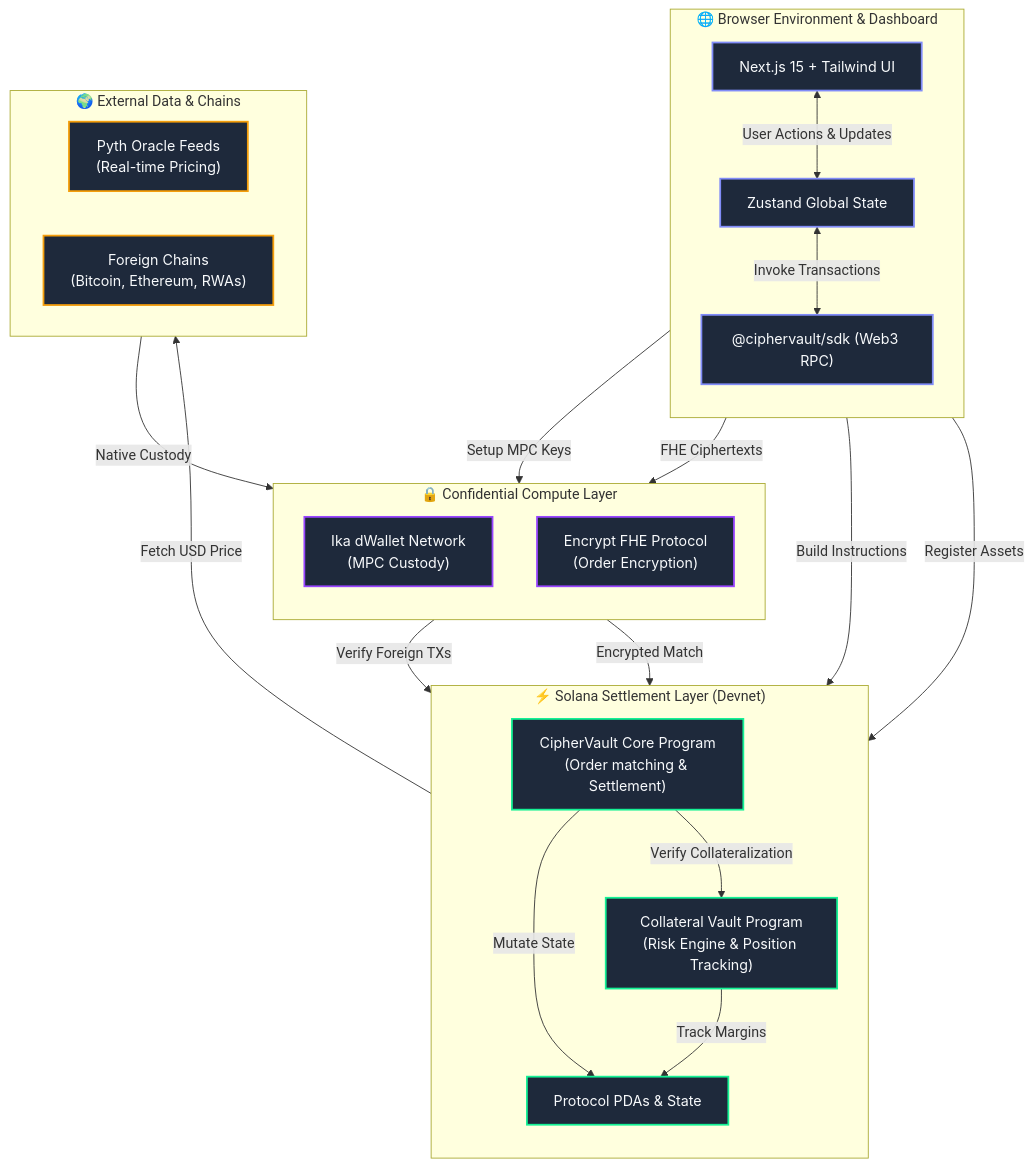
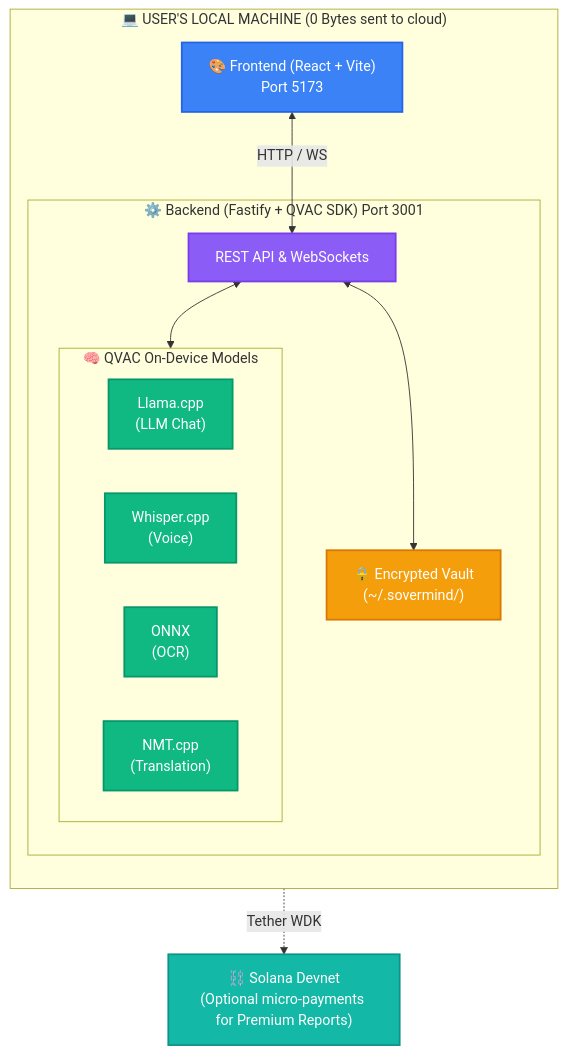
The first of 3 diagrams in README.md (Gokul-social/CipherVault), drawn with Mermaid before and after one commit. The commit also changed other lines of this file and 6 other files, not shown here.

````diff
--- a/README.md
+++ b/README.md
@@ -74,48 +78,35 @@
 ```mermaid
 graph TD
-    classDef frontend fill:#1E293B,stroke:#818CF8,stroke-width:2px,color:#F8FAFC,font-family:Inter
-    classDef onchain fill:#1E293B,stroke:#14F195,stroke-width:2px,color:#F8FAFC,font-family:Inter
-    classDef conf fill:#1E293B,stroke:#9945FF,stroke-width:2px,color:#F8FAFC,font-family:Inter
-    classDef ext fill:#1E293B,stroke:#F59E0B,stroke-width:2px,color:#F8FAFC,font-family:Inter
+    classDef frontend fill:#3b82f6,stroke:#2563eb,stroke-width:2px,color:#fff
+    classDef backend fill:#8b5cf6,stroke:#7c3aed,stroke-width:2px,color:#fff
+    classDef qvac fill:#10b981,stroke:#059669,stroke-width:2px,color:#fff
+    classDef vault fill:#f59e0b,stroke:#d97706,stroke-width:2px,color:#fff
+    classDef blockchain fill:#14b8a6,stroke:#0d9488,stroke-width:2px,color:#fff
 
-    subgraph BROWSER ["🌐 Browser Environment & Dashboard"]
+    subgraph UserMachine ["💻 USER'S LOCAL MACHINE (0 Bytes sent to cloud)"]
         direction TB
-        UI["Next.js 15 + Tailwind UI"]:::frontend
-        STORE["Zustand Global State"]:::frontend
-        SDK["@ciphervault/sdk (Web3 RPC)"]:::frontend
+        UI["🎨 Frontend (React + Vite)<br/>Port 5173"]:::frontend
+        
+        subgraph BackendStack ["⚙️ Backend (Fastify + QVAC SDK) Port 3001"]
+            API["REST API & WebSockets"]:::backend
+            
+            subgraph QVAC ["🧠 QVAC On-Device Models"]
+                direction LR
+                LLM["Llama.cpp<br/>(LLM Chat)"]:::qvac
+                Whisper["Whisper.cpp<br/>(Voice)"]:::qvac
+                ONNX["ONNX<br/>(OCR)"]:::qvac
+                NMT["NMT.cpp<br/>(Translation)"]:::qvac
+            end
+            
+            Vault["🔒 Encrypted Vault<br/>(~/.sovermind/)"]:::vault
+            
+            API <--> QVAC
+            API <--> Vault
+        end
+        
+        UI <-->|"HTTP / WS"| API
     end
-
-    subgraph SOLANA ["⚡ Solana Settlement Layer (Devnet)"]
-        direction TB
-        CORE["CipherVault Core Program\n(Order matching & Settlement)"]:::onchain
-        VAULT["Collateral Vault Program\n(Risk Engine & Position Tracking)"]:::onchain
-        PDAS["Protocol PDAs & State"]:::onchain
-    end
-
-    subgraph CONFIDENTIAL ["🔒 Confidential Compute Layer"]
-        direction TB
-        IKA["Ika dWallet Network\n(MPC Custody)"]:::conf
-        ENC["Encrypt FHE Protocol\n(Order Encryption)"]:::conf
-    end
-
-    subgraph EXTERNAL ["🌍 External Data & Chains"]
-        direction LR
-        PYTH["Pyth Oracle Feeds\n(Real-time Pricing)"]:::ext
-        XC["Foreign Chains\n(Bitcoin, Ethereum, RWAs)"]:::ext
-    end
-
-    UI <--> |"User Actions & Updates"| STORE
-    STORE <--> |"Invoke Transactions"| SDK
-    SDK --> |"Setup MPC Keys"| IKA
-    SDK --> |"FHE Ciphertexts"| ENC
-    SDK --> |"Build Instructions"| CORE
-    SDK --> |"Register Assets"| VAULT
     
-    CORE --> |"Mutate State"| PDAS
-    VAULT --> |"Track Margins"| PDAS
-    CORE --> |"Verify Collateralization"| VAULT
-    VAULT --> |"Fetch USD Price"| PYTH
-    IKA --> |"Verify Foreign TXs"| VAULT
-    ENC --> |"Encrypted Match"| CORE
-    XC --> |"Native Custody"| IKA
+    Solana["⛓️ Solana Devnet<br/>(Optional micro-payments for Premium Reports)"]:::blockchain
+    UI -.->|"Tether WDK"| Solana
 ```
````
